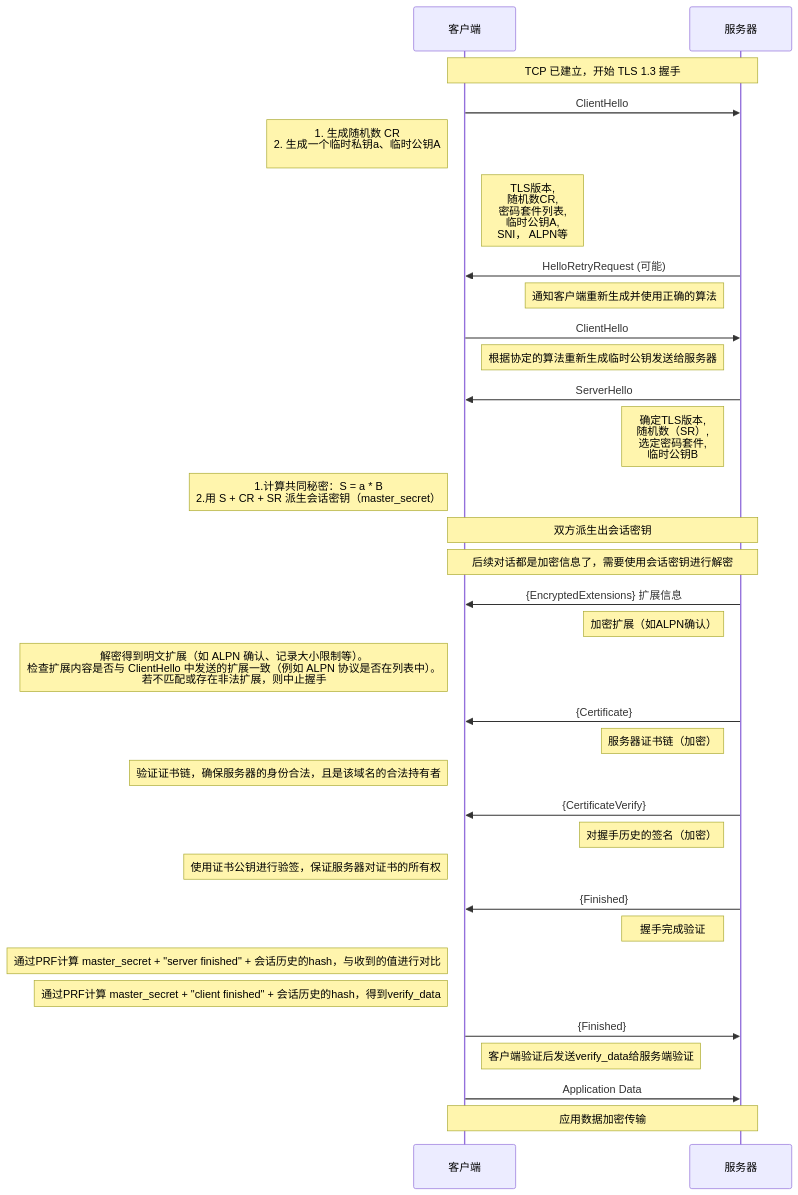
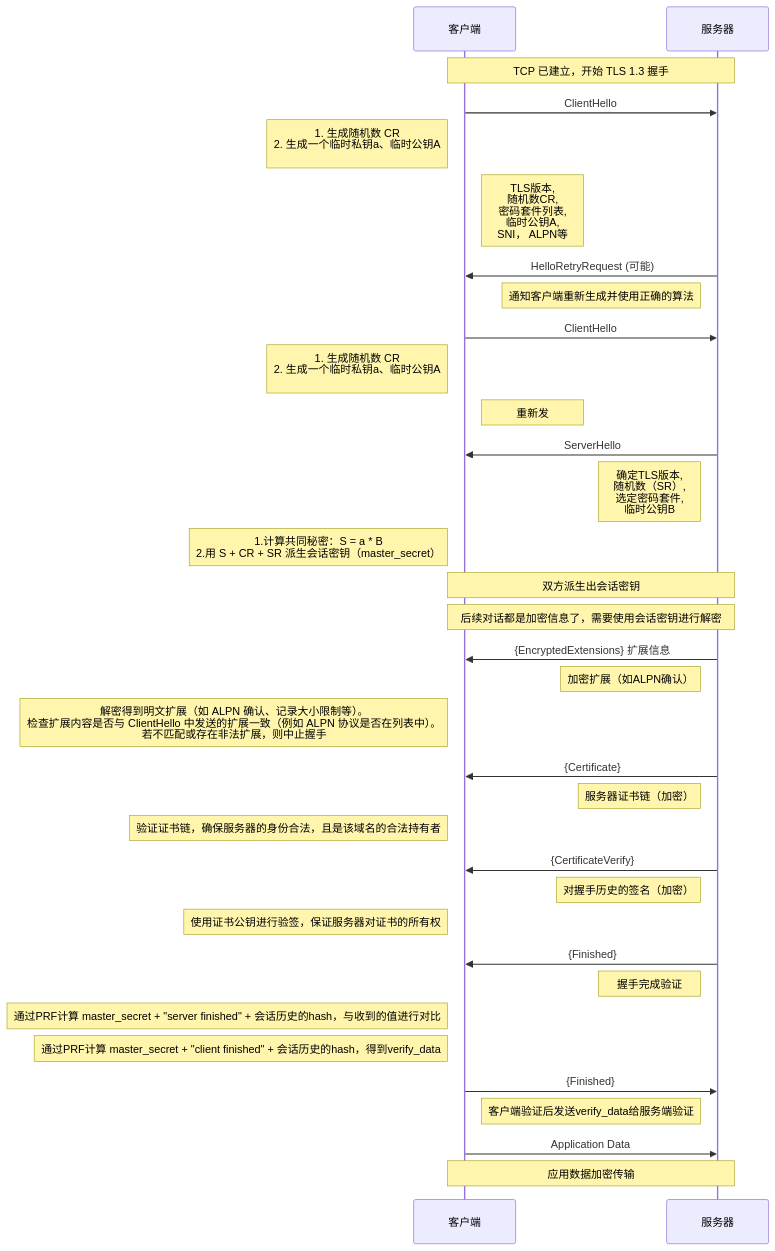
One commit to HY-10-8/iodraw-files changed the diagram in all/TLS-1.3-通用（全）.md. Above: the diagram before and after it, drawn with Mermaid.

Commit message:
2026-03-31 10:09:44 update

````diff
--- a/all/TLS-1.3-通用（全）.md
+++ b/all/TLS-1.3-通用（全）.md
@@ -1,47 +1,48 @@
 ```mermaid
 sequenceDiagram
     participant C as 客户端
     participant S as 服务器
 
     Note over C,S: TCP 已建立，开始 TLS 1.3 握手
 
     C->>S: ClientHello
     Note left of C: 1. 生成随机数 CR<br/> 2. 生成一个临时私钥a、临时公钥A<br/>
     Note right of C: TLS版本,<br/> 随机数CR,<br/> 密码套件列表,<br/> 临时公钥A,<br/> SNI， ALPN等
 
     S->>C: HelloRetryRequest (可能)
     Note left of S: 通知客户端重新生成并使用正确的算法
 
     C->>S: ClientHello
-    Note right of C: 根据协定的算法重新生成临时公钥发送给服务器
+    Note left of C: 1. 生成随机数 CR<br/> 2. 生成一个临时私钥a、临时公钥A<br/>
+    Note right of C: 重新发
 
     S->>C: ServerHello
     Note left of S: 确定TLS版本, <br/>随机数（SR）,<br/> 选定密码套件, <br/>临时公钥B
     Note left of C: 1.计算共同秘密：S = a * B<br/> 2.用 S + CR + SR 派生会话密钥（master_secret）
 
     Note over C,S: 双方派生出会话密钥
     Note over C,S: 后续对话都是加密信息了，需要使用会话密钥进行解密
 
     S->>C: {EncryptedExtensions} 扩展信息
     Note left of S: 加密扩展（如ALPN确认）
     Note left of C: 解密得到明文扩展（如 ALPN 确认、记录大小限制等）。<br/>检查扩展内容是否与 ClientHello 中发送的扩展一致（例如 ALPN 协议是否在列表中）。<br/> 若不匹配或存在非法扩展，则中止握手
 
     S->>C: {Certificate}
     Note left of S: 服务器证书链（加密）
     Note left of C: 验证证书链，确保服务器的身份合法，且是该域名的合法持有者
 
     S->>C: {CertificateVerify}
     Note left of S: 对握手历史的签名（加密）
     Note left of C: 使用证书公钥进行验签，保证服务器对证书的所有权
 
     S->>C: {Finished}
     Note left of S: 握手完成验证
     Note left of C: 通过PRF计算 master_secret + "server finished" + 会话历史的hash，与收到的值进行对比
     Note left of C: 通过PRF计算 master_secret + "client finished" + 会话历史的hash，得到verify_data
 
     C->>S: {Finished}
     Note right of C: 客户端验证后发送verify_data给服务端验证
 
     C->>S: Application Data
     Note over C,S: 应用数据加密传输
 ```
````
